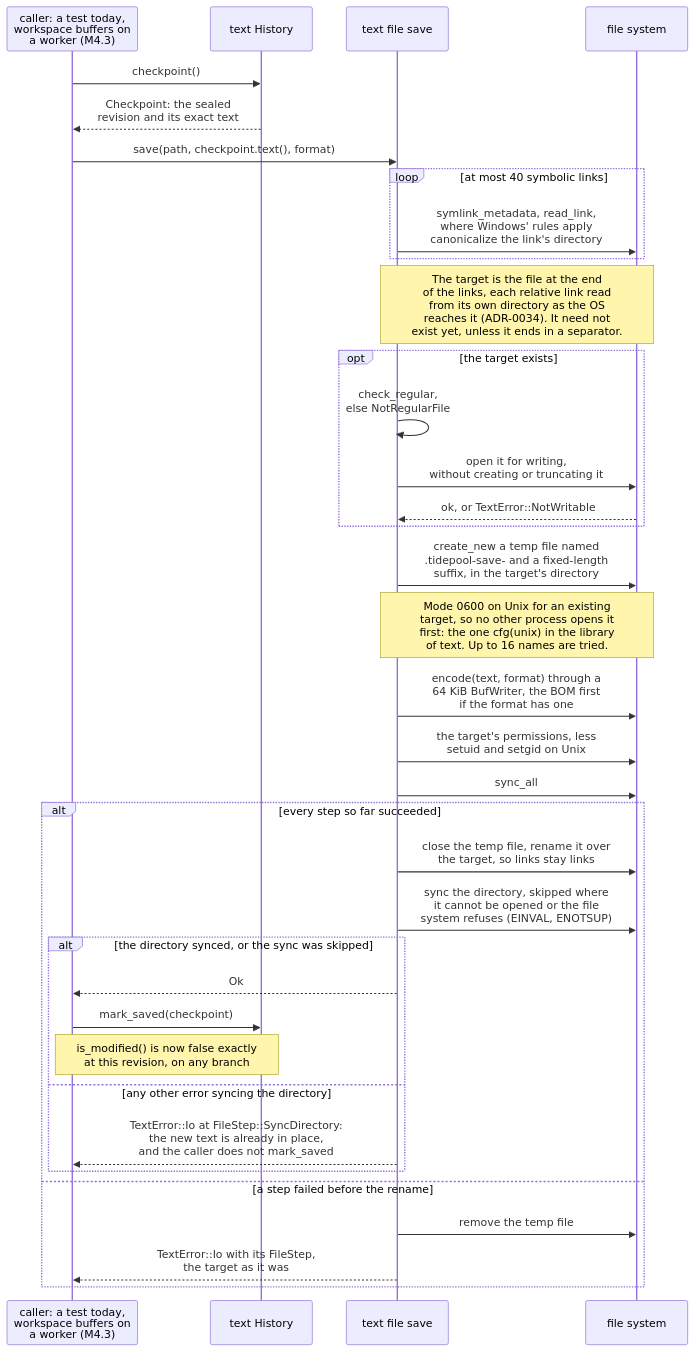
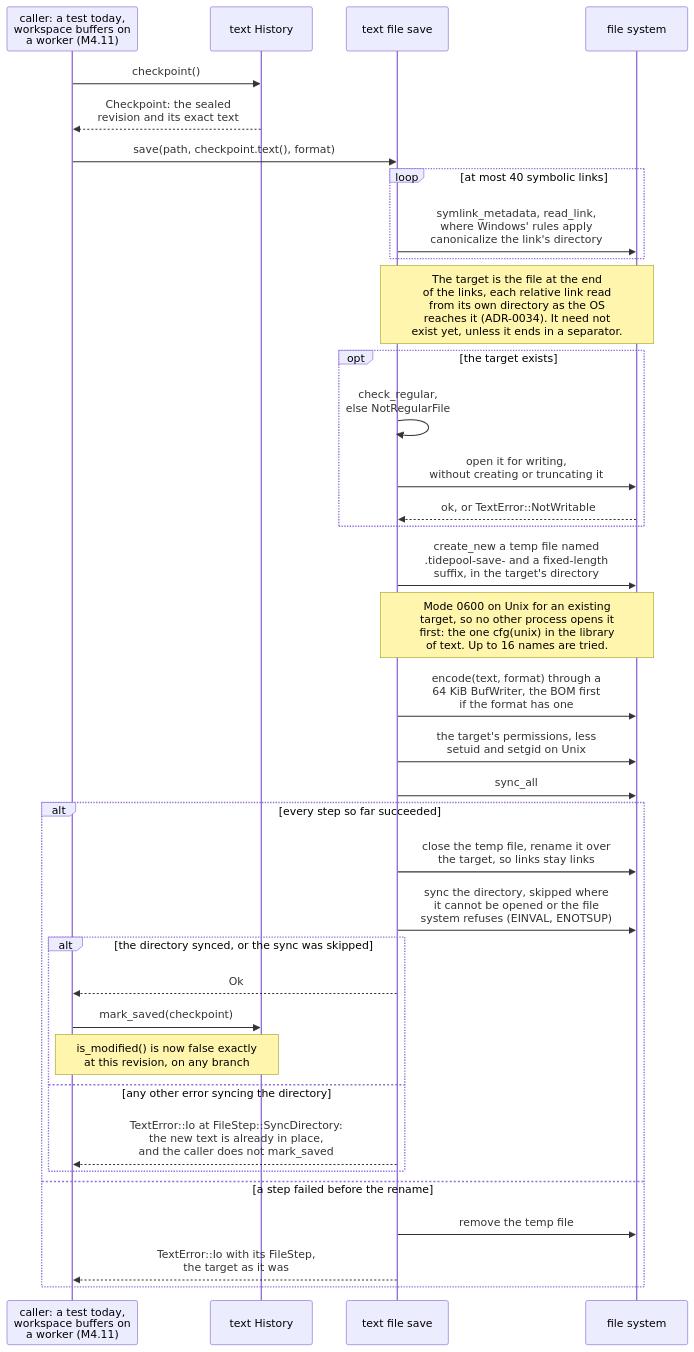
The seventh of 24 diagrams in diagrams/sequence-diagrams.md (jabbott-iii/Tidepool), drawn with Mermaid before and after one commit. The commit also changed other lines of this file and 28 other files, not shown here.

````diff
--- a/diagrams/sequence-diagrams.md
+++ b/diagrams/sequence-diagrams.md
@@ -419,39 +419,39 @@
 ```mermaid
 sequenceDiagram
-    participant Caller as caller: a test today,<br/>workspace buffers on<br/>a worker (M4.3)
+    participant Caller as caller: a test today,<br/>workspace buffers on<br/>a worker (M4.11)
     participant Hist as text History
     participant Save as text file save
     participant Fs as file system
 
     Caller->>Hist: checkpoint()
     Hist-->>Caller: Checkpoint: the sealed<br/>revision and its exact text
     Caller->>Save: save(path, checkpoint.text(), format)
     loop at most 40 symbolic links
         Save->>Fs: symlink_metadata, read_link,<br/>where Windows' rules apply<br/>canonicalize the link's directory
     end
     Note over Save,Fs: The target is the file at the end<br/>of the links, each relative link read<br/>from its own directory as the OS<br/>reaches it (ADR-0034). It need not<br/>exist yet, unless it ends in a separator.
     opt the target exists
         Save->>Save: check_regular,<br/>else NotRegularFile
         Save->>Fs: open it for writing,<br/>without creating or truncating it
         Fs-->>Save: ok, or TextError::NotWritable
     end
     Save->>Fs: create_new a temp file named<br/>.tidepool-save- and a fixed-length<br/>suffix, in the target's directory
     Note over Save,Fs: Mode 0600 on Unix for an existing<br/>target, so no other process opens it<br/>first: the one cfg(unix) in the library<br/>of text. Up to 16 names are tried.
     Save->>Fs: encode(text, format) through a<br/>64 KiB BufWriter, the BOM first<br/>if the format has one
     Save->>Fs: the target's permissions, less<br/>setuid and setgid on Unix
     Save->>Fs: sync_all
     alt every step so far succeeded
         Save->>Fs: close the temp file, rename it over<br/>the target, so links stay links
         Save->>Fs: sync the directory, skipped where<br/>it cannot be opened or the file<br/>system refuses (EINVAL, ENOTSUP)
         alt the directory synced, or the sync was skipped
             Save-->>Caller: Ok
             Caller->>Hist: mark_saved(checkpoint)
             Note over Caller,Hist: is_modified() is now false exactly<br/>at this revision, on any branch
         else any other error syncing the directory
             Save-->>Caller: TextError::Io at FileStep::SyncDirectory:<br/>the new text is already in place,<br/>and the caller does not mark_saved
         end
     else a step failed before the rename
         Save->>Fs: remove the temp file
         Save-->>Caller: TextError::Io with its FileStep,<br/>the target as it was
     end
 ```
````
